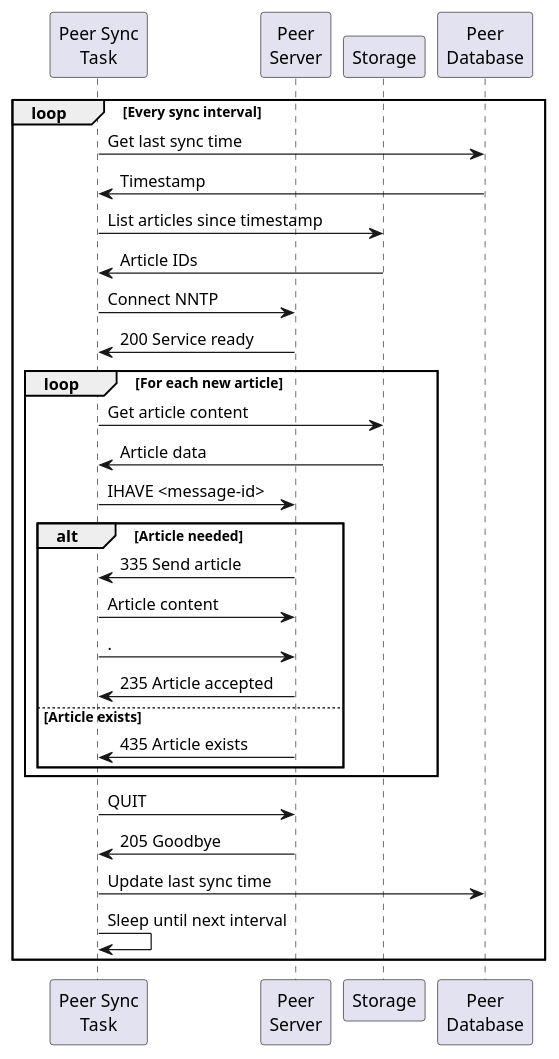
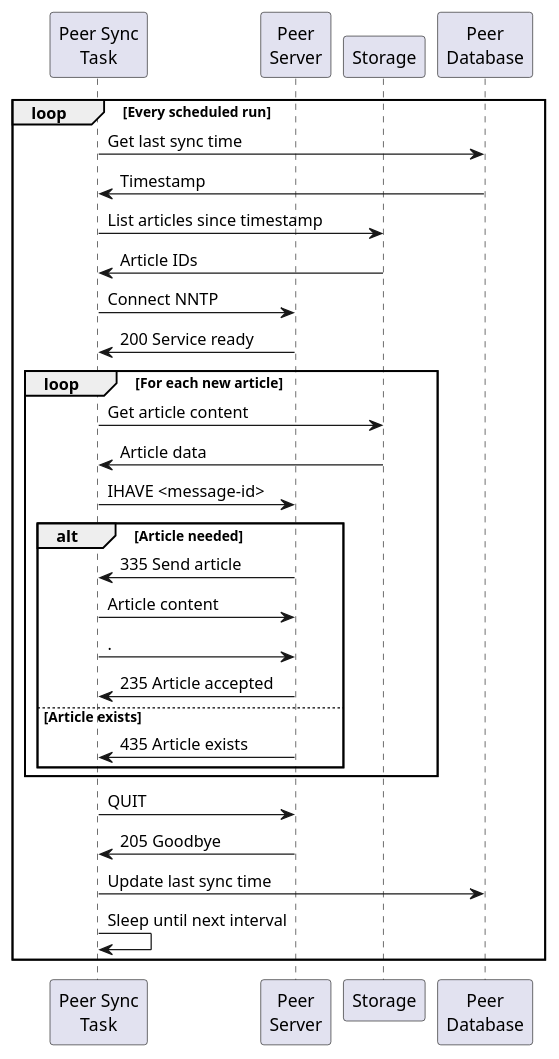
The third of 3 diagrams in docs/task-interactions.md (forever-august/renews), drawn with PlantUML before and after one commit. The commit also changed other lines of this file and 8 other files, not shown here.

````diff
--- a/docs/task-interactions.md
+++ b/docs/task-interactions.md
@@ -215,39 +211,39 @@
 ```plantuml
 @startuml
 participant "Peer Sync\nTask" as Task
 participant "Peer\nServer" as Peer
 participant Storage
 participant "Peer\nDatabase" as PeerDB
 
-loop Every sync interval
+loop Every scheduled run
   Task -> PeerDB: Get last sync time
   PeerDB -> Task: Timestamp
   
   Task -> Storage: List articles since timestamp
   Storage -> Task: Article IDs
   
   Task -> Peer: Connect NNTP
   Peer -> Task: 200 Service ready
   
   loop For each new article
     Task -> Storage: Get article content
     Storage -> Task: Article data
     Task -> Peer: IHAVE <message-id>
     alt Article needed
       Peer -> Task: 335 Send article
       Task -> Peer: Article content
       Task -> Peer: .
       Peer -> Task: 235 Article accepted
     else Article exists
       Peer -> Task: 435 Article exists
     end
   end
   
   Task -> Peer: QUIT
   Peer -> Task: 205 Goodbye
   
   Task -> PeerDB: Update last sync time
   Task -> Task: Sleep until next interval
 end
 @enduml
 ```
````
